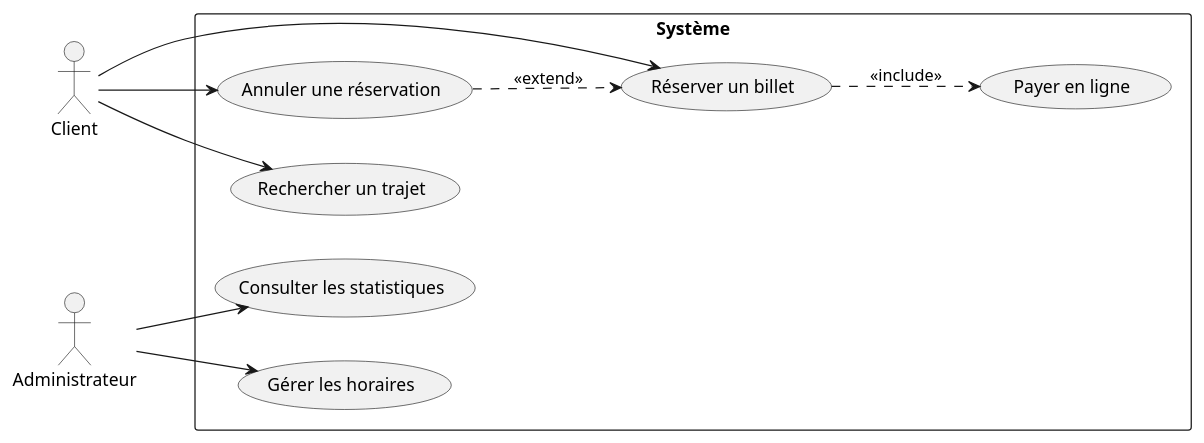
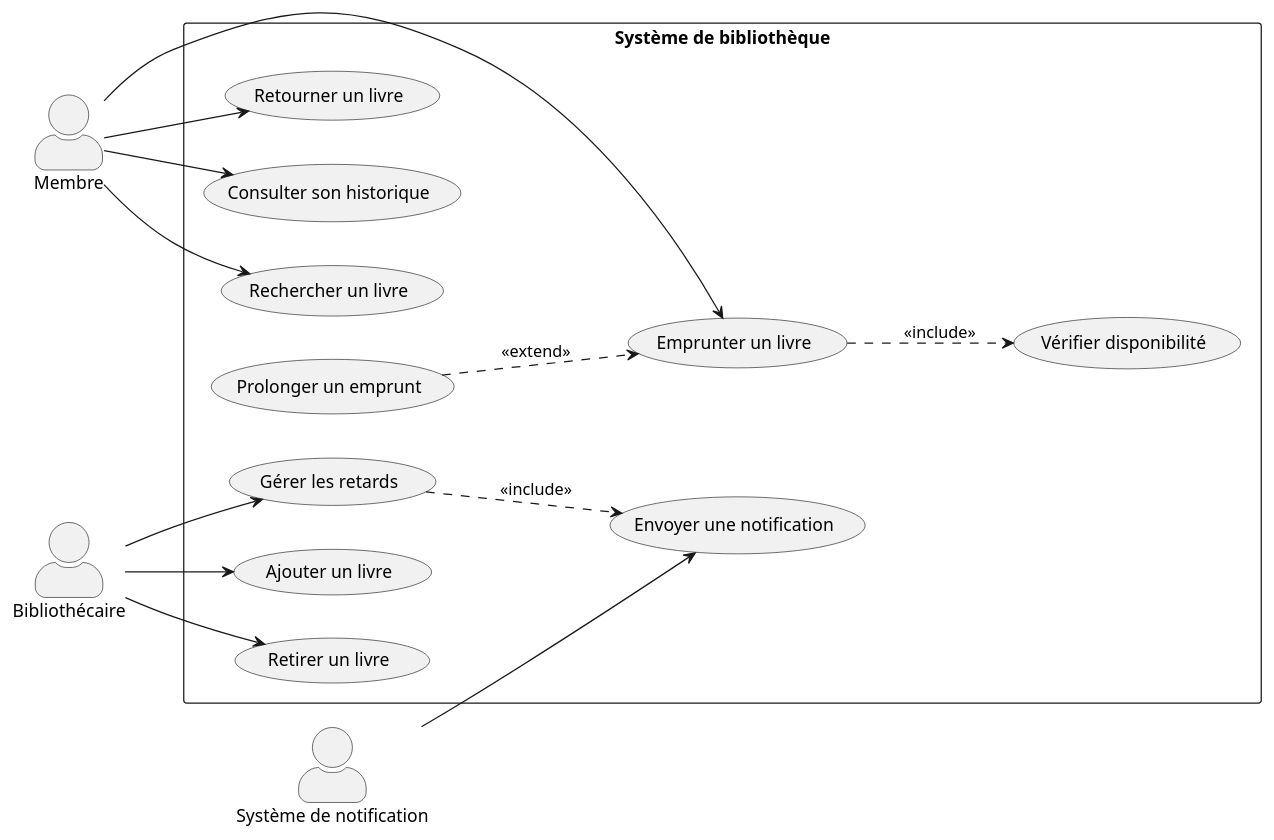
Before and after one commit to JR-CIEL-2-PROGRAMMATION/uml-learning: the first of 2 diagrams in 04-diagramme-cas-utilisation/notes.md, drawn with PlantUML. The commit also changed other lines of this file and 5 other files, not shown here.

````diff
--- a/04-diagramme-cas-utilisation/notes.md
+++ b/04-diagramme-cas-utilisation/notes.md
@@ -38,18 +118,27 @@
 ```plantuml
 @startuml
 left to right direction
-actor Client
-actor Administrateur
+skinparam actorStyle awesome
 
-rectangle Système {
-    Client --> (Rechercher un trajet)
-    Client --> (Réserver un billet)
-    Client --> (Annuler une réservation)
-    Administrateur --> (Gérer les horaires)
-    Administrateur --> (Consulter les statistiques)
+actor Membre
+actor Bibliothécaire
+actor "Système de notification" as SysNotif
 
-    (Réserver un billet) ..> (Payer en ligne) : <<include>>
-    (Annuler une réservation) ..> (Réserver un billet) : <<extend>>
+rectangle "Système de bibliothèque" {
+    Membre --> (Rechercher un livre)
+    Membre --> (Emprunter un livre)
+    Membre --> (Retourner un livre)
+    Membre --> (Consulter son historique)
+
+    Bibliothécaire --> (Ajouter un livre)
+    Bibliothécaire --> (Retirer un livre)
+    Bibliothécaire --> (Gérer les retards)
+
+    (Emprunter un livre) ..> (Vérifier disponibilité) : <<include>>
+    (Prolonger un emprunt) ..> (Emprunter un livre) : <<extend>>
+    (Gérer les retards) ..> (Envoyer une notification) : <<include>>
+
+    SysNotif --> (Envoyer une notification)
 }
 @enduml
 ```
````
